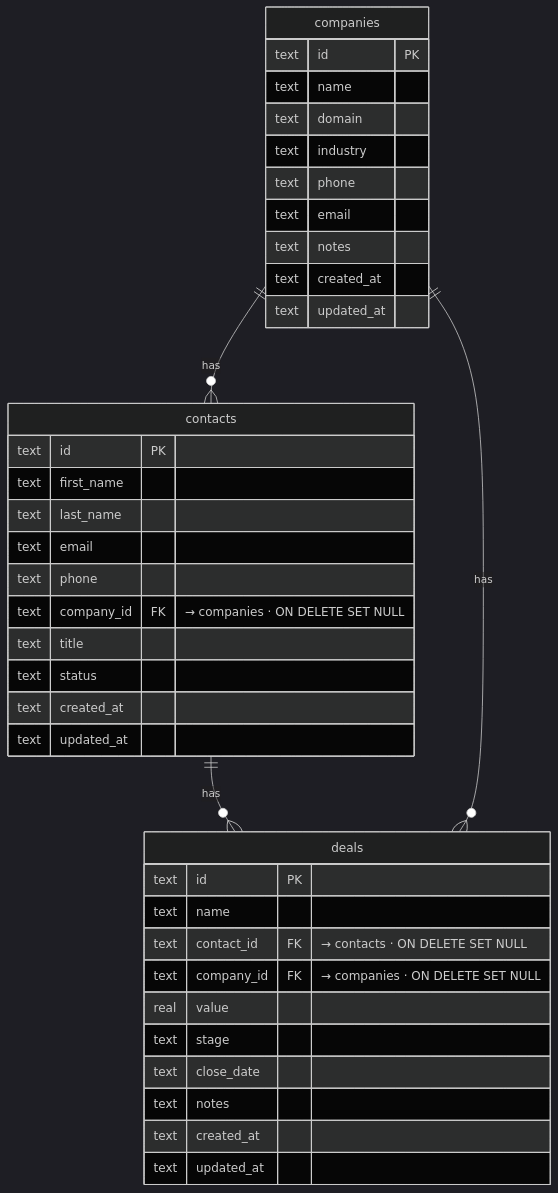
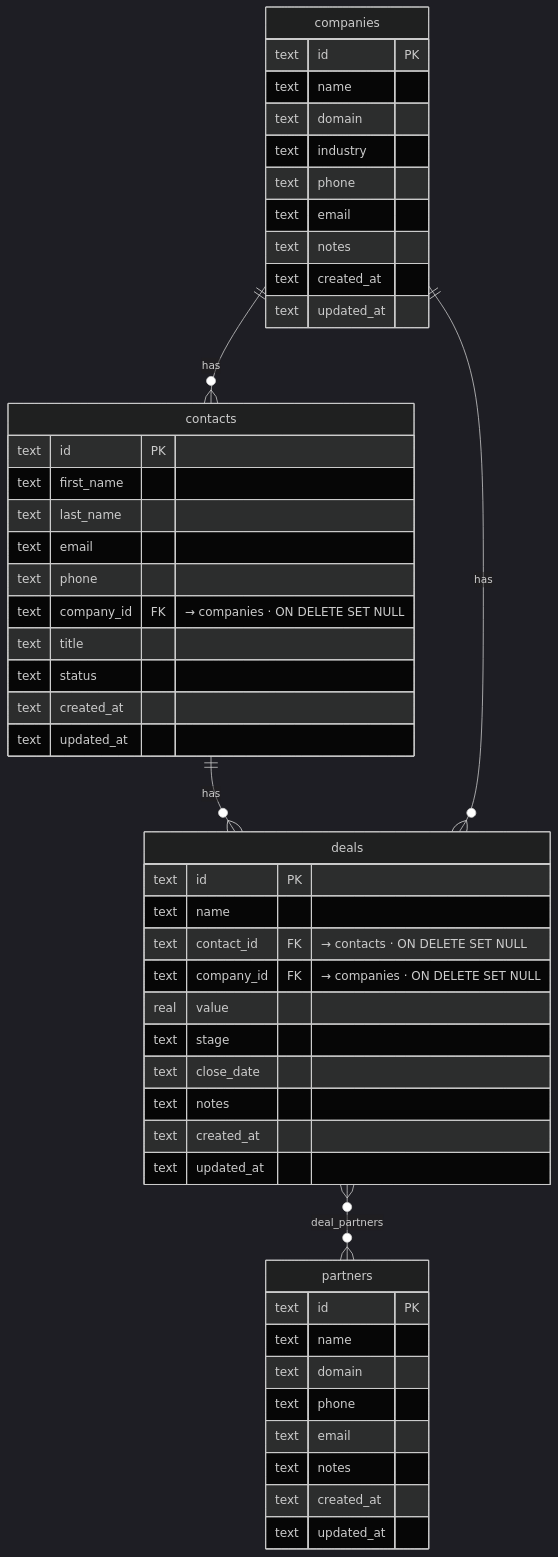
The diagram in README.md (franklin83diaz/OpenCRM), drawn with Mermaid (dark theme) before and after one commit. The commit also changed other lines of this file and 43 other files, not shown here.

````diff
--- a/README.md
+++ b/README.md
@@ -187,42 +187,53 @@
 ```mermaid
 erDiagram
     companies ||--o{ contacts : "has"
     contacts  ||--o{ deals    : "has"
     companies ||--o{ deals    : "has"
+    deals     }o--o{ partners : "deal_partners"
 
     companies {
         text id PK
         text name
         text domain
         text industry
         text phone
         text email
         text notes
         text created_at
         text updated_at
     }
     contacts {
         text id PK
         text first_name
         text last_name
         text email
         text phone
         text company_id FK "→ companies · ON DELETE SET NULL"
         text title
         text status
         text created_at
         text updated_at
     }
     deals {
         text id PK
         text name
         text contact_id FK "→ contacts · ON DELETE SET NULL"
         text company_id FK "→ companies · ON DELETE SET NULL"
         real value
         text stage
         text close_date
         text notes
         text created_at
         text updated_at
     }
+    partners {
+        text id PK
+        text name
+        text domain
+        text phone
+        text email
+        text notes
+        text created_at
+        text updated_at
+    }
 ```
````
